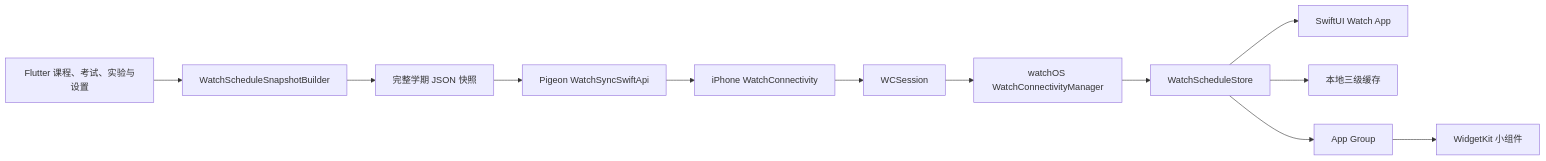
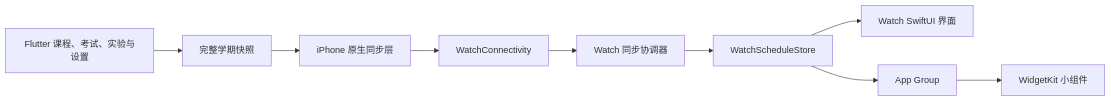
Before and after one commit to BenderBlog/traintime_pda: the first of 2 diagrams in docs/apple_watch_technical_overview.md, drawn with Mermaid. The commit also changed other lines of this file and 21 other files, not shown here.

Commit message:
feat: complete Apple Watch schedule companion

````diff
--- a/docs/apple_watch_technical_overview.md
+++ b/docs/apple_watch_technical_overview.md
@@ -44,14 +9,11 @@
 ```mermaid
 flowchart LR
-    A["Flutter 课程、考试、实验与设置"] --> B["WatchScheduleSnapshotBuilder"]
-    B --> C["完整学期 JSON 快照"]
-    C --> D["Pigeon WatchSyncSwiftApi"]
-    D --> E["iPhone WatchConnectivity"]
-    E --> F["WCSession"]
-    F --> G["watchOS WatchConnectivityManager"]
-    G --> H["WatchScheduleStore"]
-    H --> I["SwiftUI Watch App"]
-    H --> J["本地三级缓存"]
-    H --> K["App Group"]
-    K --> L["WidgetKit 小组件"]
+    A["Flutter 课程、考试、实验与设置"] --> B["完整学期快照"]
+    B --> C["iPhone 原生同步层"]
+    C --> D["WatchConnectivity"]
+    D --> E["Watch 同步协调器"]
+    E --> F["WatchScheduleStore"]
+    F --> G["Watch SwiftUI 界面"]
+    F --> H["App Group"]
+    H --> I["WidgetKit 小组件"]
 ```
````
